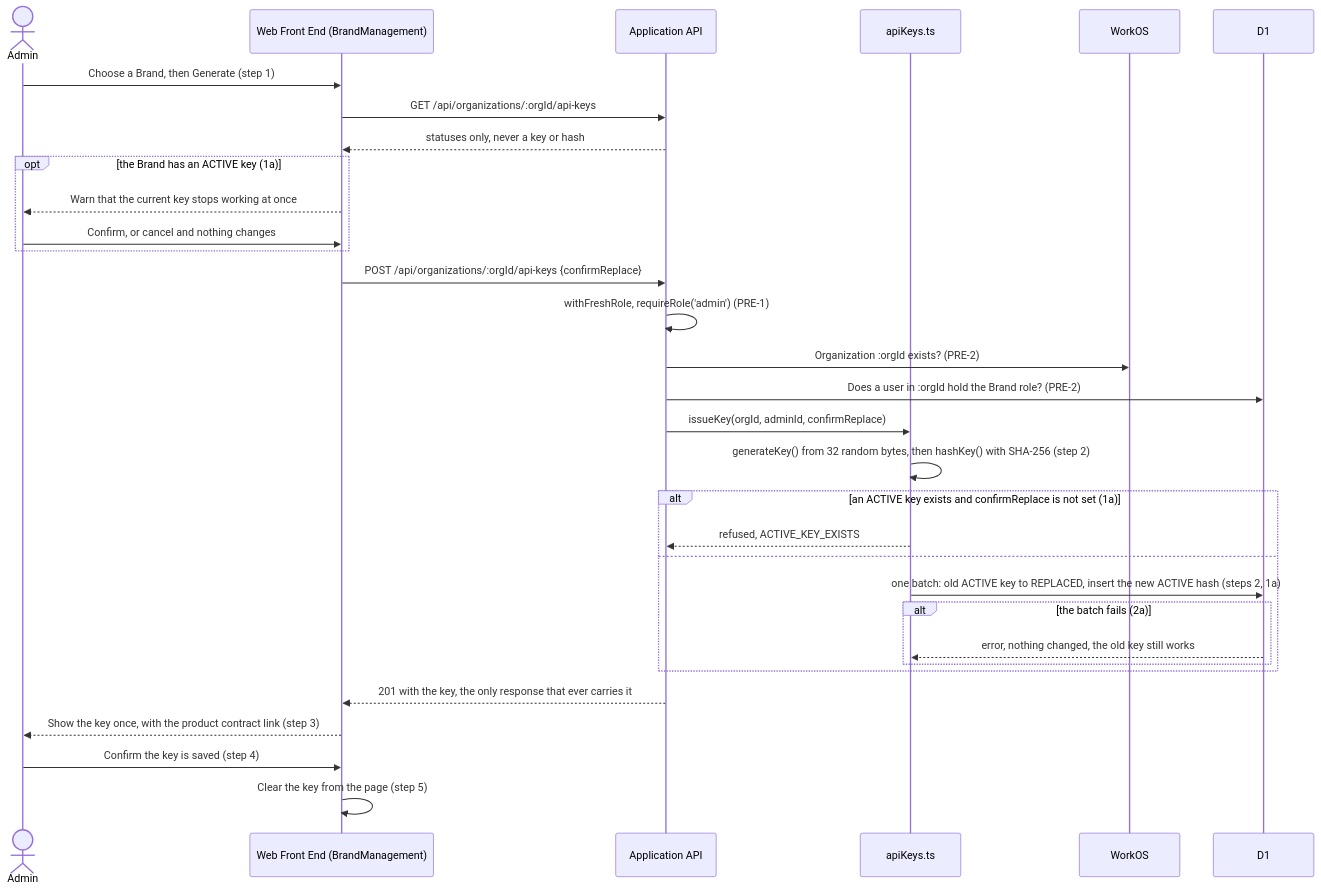
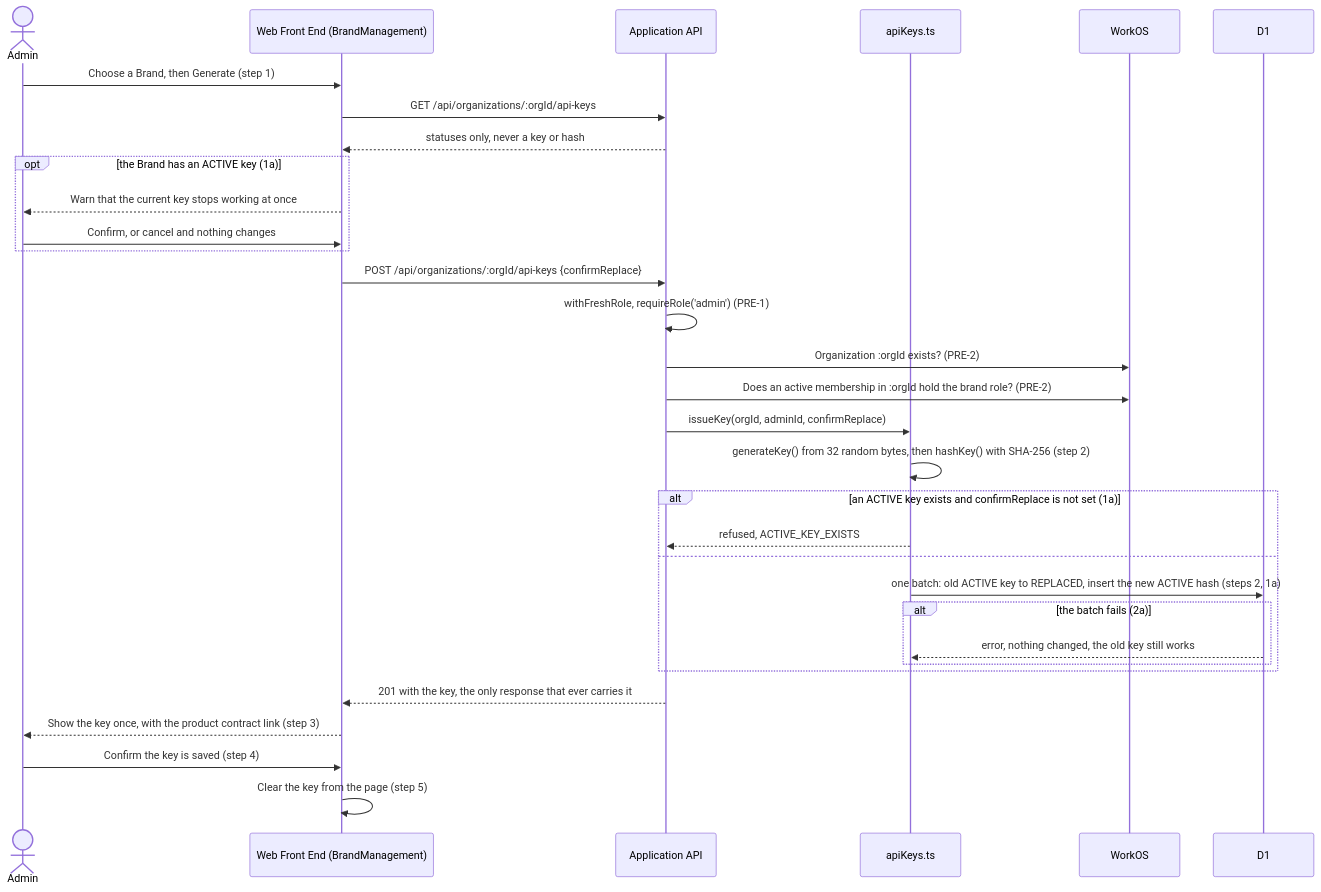
The second of 3 diagrams in docs/design/brnd.md (gkuchar/cosc-40943-team-11-market-match), drawn with Mermaid before and after one commit. The commit also changed other lines of this file and 5 other files, not shown here.

````diff
--- a/docs/design/brnd.md
+++ b/docs/design/brnd.md
@@ -100,34 +102,34 @@
 ```mermaid
 sequenceDiagram
     actor A as Admin
     participant WEB as Web Front End (BrandManagement)
     participant API as Application API
     participant K as apiKeys.ts
     participant WO as WorkOS
     participant DB as D1
     A->>WEB: Choose a Brand, then Generate (step 1)
     WEB->>API: GET /api/organizations/:orgId/api-keys
     API-->>WEB: statuses only, never a key or hash
     opt the Brand has an ACTIVE key (1a)
         WEB-->>A: Warn that the current key stops working at once
         A->>WEB: Confirm, or cancel and nothing changes
     end
     WEB->>API: POST /api/organizations/:orgId/api-keys {confirmReplace}
     API->>API: withFreshRole, requireRole('admin') (PRE-1)
     API->>WO: Organization :orgId exists? (PRE-2)
-    API->>DB: Does a user in :orgId hold the Brand role? (PRE-2)
+    API->>WO: Does an active membership in :orgId hold the brand role? (PRE-2)
     API->>K: issueKey(orgId, adminId, confirmReplace)
     K->>K: generateKey() from 32 random bytes, then hashKey() with SHA-256 (step 2)
     alt an ACTIVE key exists and confirmReplace is not set (1a)
         K-->>API: refused, ACTIVE_KEY_EXISTS
     else
         K->>DB: one batch: old ACTIVE key to REPLACED, insert the new ACTIVE hash (steps 2, 1a)
         alt the batch fails (2a)
             DB-->>K: error, nothing changed, the old key still works
         end
     end
     API-->>WEB: 201 with the key, the only response that ever carries it
     WEB-->>A: Show the key once, with the product contract link (step 3)
     A->>WEB: Confirm the key is saved (step 4)
     WEB->>WEB: Clear the key from the page (step 5)
 ```
````
